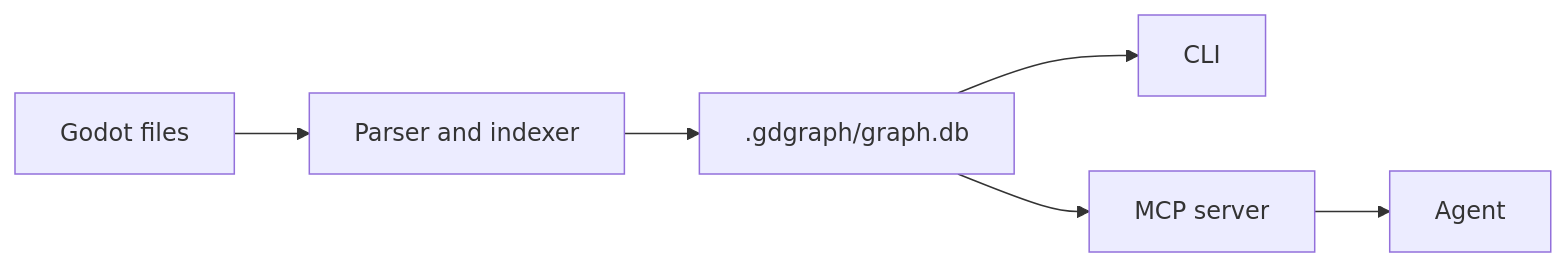
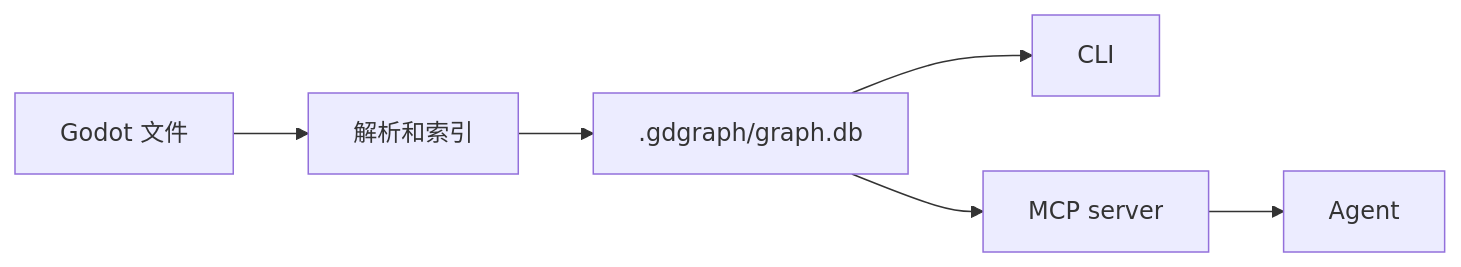
The diagram in README.md (biubiuHui/godot-agent-graph), drawn with Mermaid before and after one commit. The commit also changed other lines of this file and 15 other files, not shown here.

````diff
--- a/README.md
+++ b/README.md
@@ -184,8 +195,8 @@
 ```mermaid
 flowchart LR
-  A["Godot files"] --> B["Parser and indexer"]
+  A["Godot 文件"] --> B["解析和索引"]
   B --> C[".gdgraph/graph.db"]
   C --> D["CLI"]
   C --> E["MCP server"]
   E --> F["Agent"]
 ```
````
